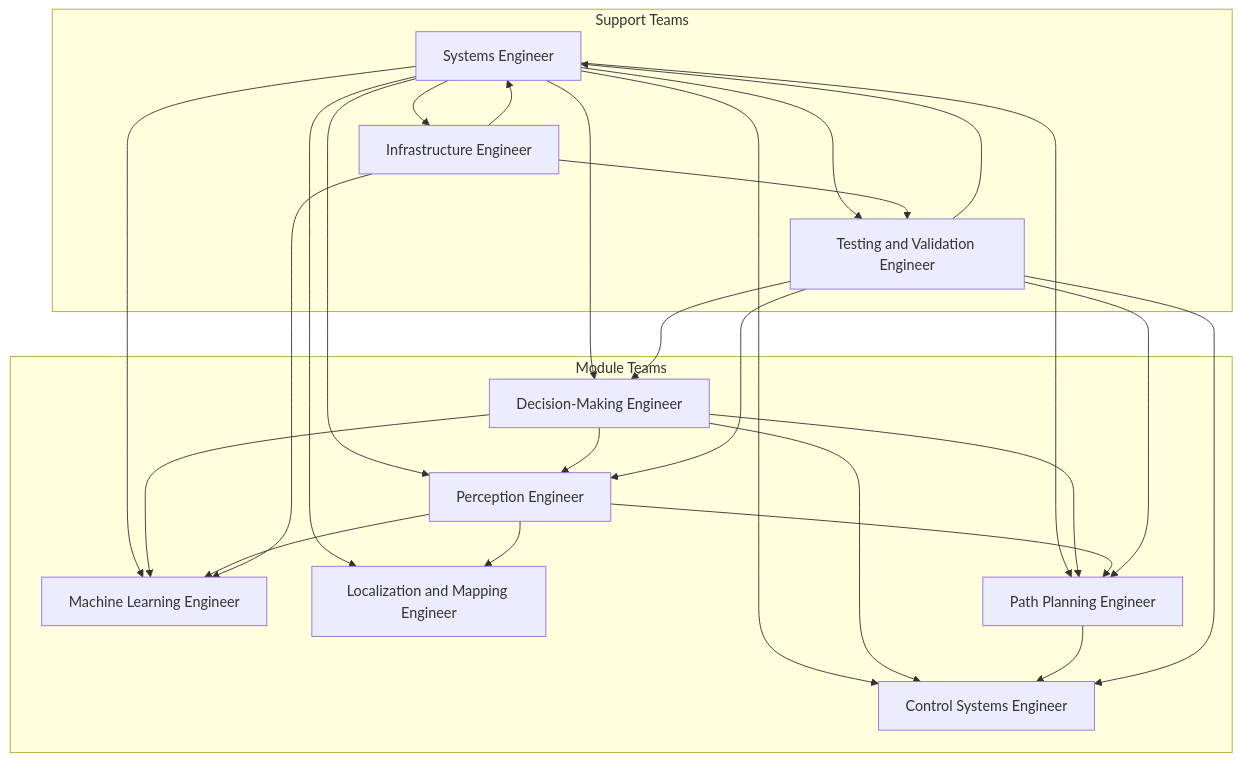
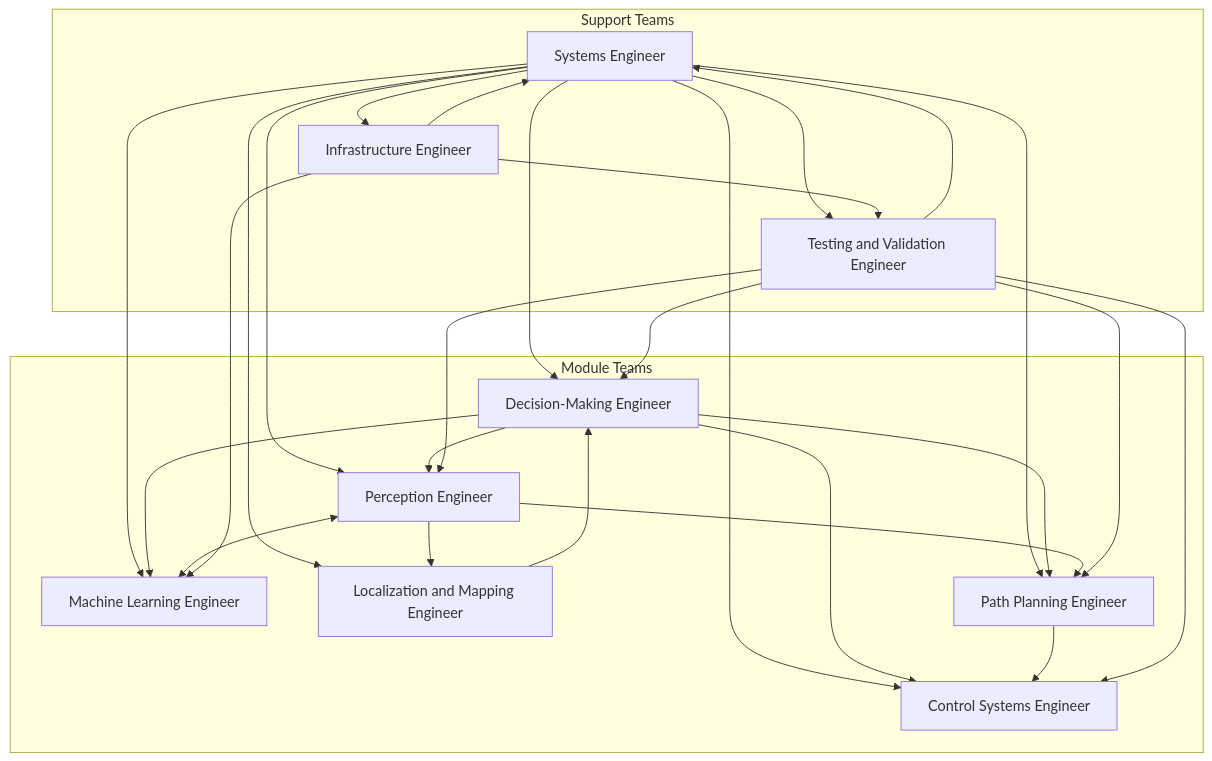
The diagram in doc/08_dev_talks/paf24/student_roles24.md (una-auxme/paf), drawn with Mermaid before and after one commit. The commit also changed other lines of this file, not shown here.

Commit message:
add heading

````diff
--- a/doc/08_dev_talks/paf24/student_roles24.md
+++ b/doc/08_dev_talks/paf24/student_roles24.md
@@ -78,48 +81,50 @@
 ```mermaid
 graph TD
     SE[Systems Engineer] --> DME[Decision-Making Engineer]
     SE --> PE[Perception Engineer]
     SE --> MLE[Machine Learning Engineer]
     SE --> LME[Localization and Mapping Engineer]
     SE --> PPE[Path Planning Engineer]
     SE --> CSE[Control Systems Engineer]
     SE --> TVE[Testing and Validation Engineer]
     SE --> IE[Infrastructure Engineer]
     
     DME --> PE
     DME --> PPE
     DME --> CSE
     DME --> MLE
     
-    PE --> MLE
+    PE <--> MLE
     PE --> LME
     PE --> PPE
     
     PPE --> CSE
     
     TVE --> SE
     TVE --> DME
     TVE --> PE
     TVE --> PPE
     TVE --> CSE
     
     IE --> SE
     IE --> TVE
     IE --> MLE
+
+    LME --> DME
     
     subgraph Module Teams
         DME
         PE
         MLE
         LME
         PPE
         CSE
     end
     
     subgraph Support Teams
         SE
         TVE
         IE
     end
 
 ```
````
